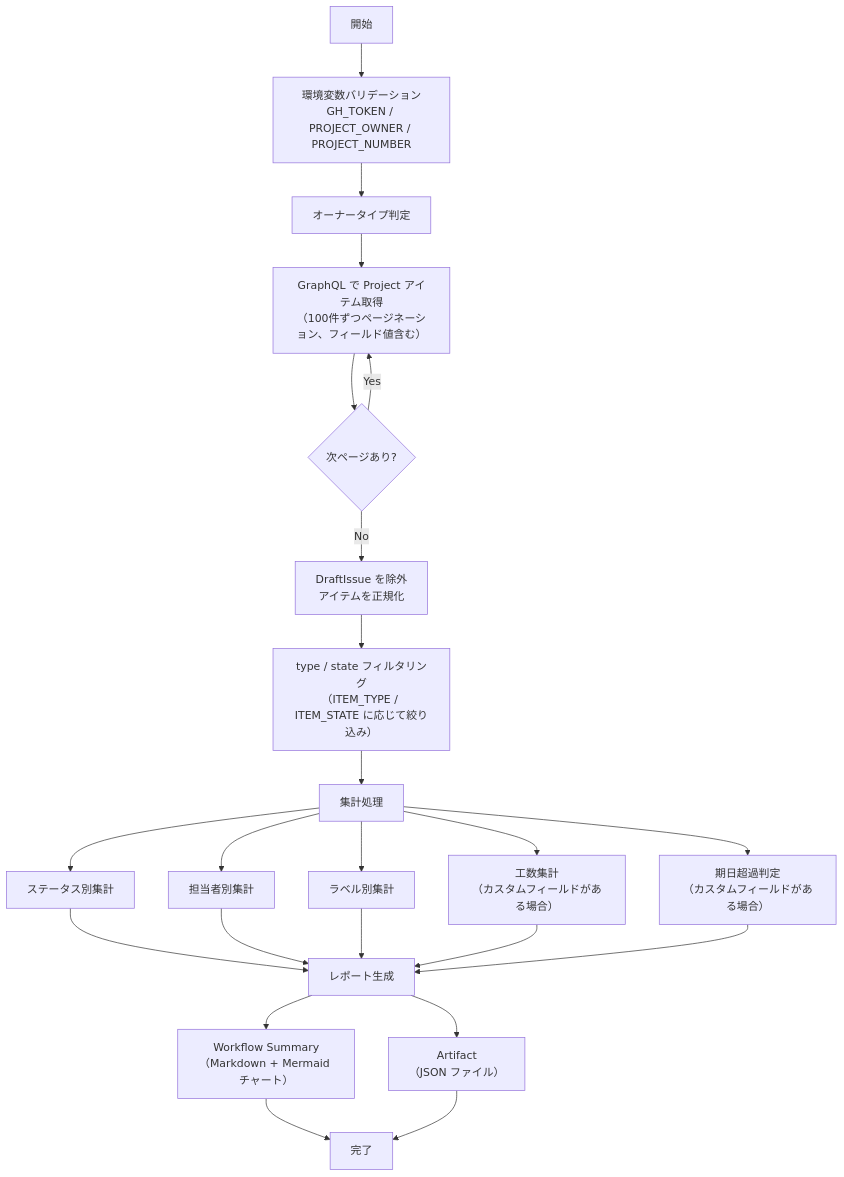
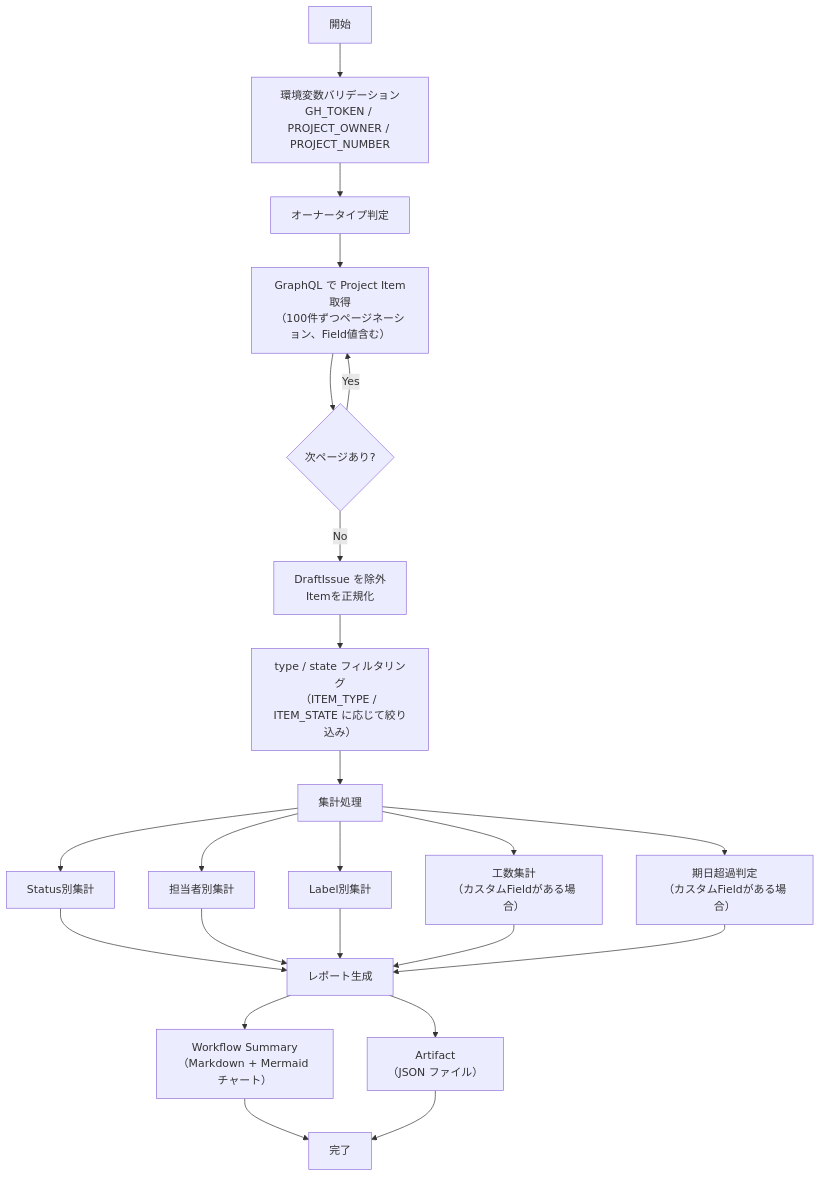
The diagram in docs/scripts/generate-summary-report.md (lurest-inc/github-projects-ops-kit), drawn with Mermaid before and after one commit. The commit also changed other lines of this file and 23 other files, not shown here.

````diff
--- a/docs/scripts/generate-summary-report.md
+++ b/docs/scripts/generate-summary-report.md
@@ -58,21 +58,21 @@
 ```mermaid
 flowchart TD
     A["開始"] --> B["環境変数バリデーション\nGH_TOKEN / PROJECT_OWNER / PROJECT_NUMBER"]
     B --> C["オーナータイプ判定"]
-    C --> D["GraphQL で Project アイテム取得\n（100件ずつページネーション、フィールド値含む）"]
+    C --> D["GraphQL で Project Item取得\n（100件ずつページネーション、Field値含む）"]
     D --> E{"次ページあり?"}
     E -- "Yes" --> D
-    E -- "No" --> F["DraftIssue を除外\nアイテムを正規化"]
+    E -- "No" --> F["DraftIssue を除外\nItemを正規化"]
 
     F --> G["type / state フィルタリング\n（ITEM_TYPE / ITEM_STATE に応じて絞り込み）"]
     G --> H["集計処理"]
-    H --> I["ステータス別集計"]
+    H --> I["Status別集計"]
     H --> J["担当者別集計"]
-    H --> K["ラベル別集計"]
-    H --> L["工数集計\n（カスタムフィールドがある場合）"]
-    H --> M["期日超過判定\n（カスタムフィールドがある場合）"]
+    H --> K["Label別集計"]
+    H --> L["工数集計\n（カスタムFieldがある場合）"]
+    H --> M["期日超過判定\n（カスタムFieldがある場合）"]
     I & J & K & L & M --> N["レポート生成"]
     N --> O["Workflow Summary\n（Markdown + Mermaid チャート）"]
     N --> P["Artifact\n（JSON ファイル）"]
     O & P --> Q["完了"]
 ```
````
